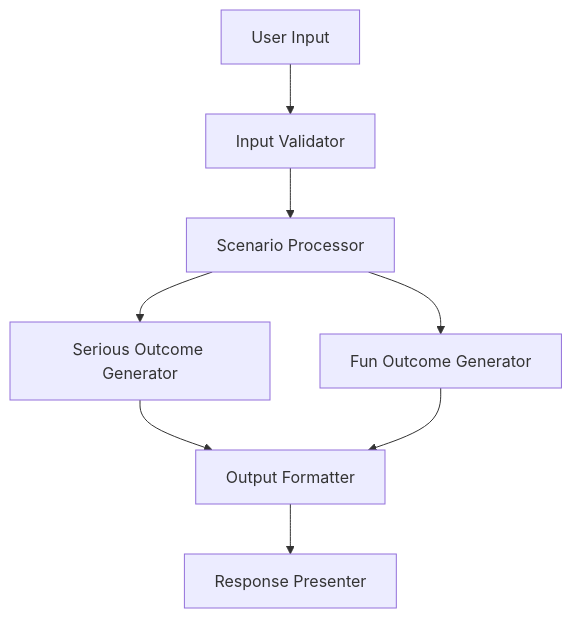
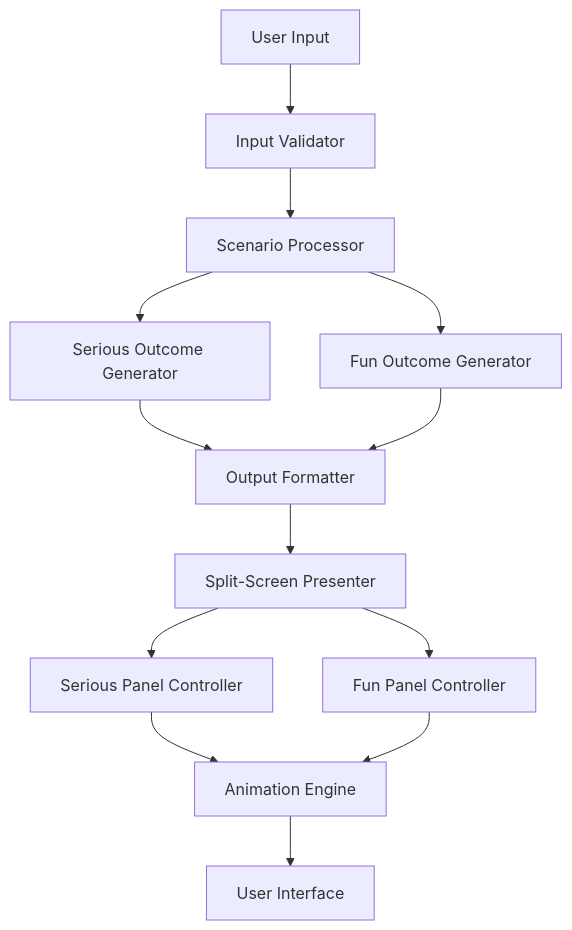
Before and after one commit to pankajsagvekar/whatif-simulator: the diagram in .kiro/specs/whatif-simulator/design.md, drawn with Mermaid. The commit also changed other lines of this file and 62 other files, not shown here.

````diff
--- a/.kiro/specs/whatif-simulator/design.md
+++ b/.kiro/specs/whatif-simulator/design.md
@@ -11,10 +11,15 @@
 ```mermaid
 graph TD
     A[User Input] --> B[Input Validator]
     B --> C[Scenario Processor]
     C --> D[Serious Outcome Generator]
     C --> E[Fun Outcome Generator]
     D --> F[Output Formatter]
     E --> F
-    F --> G[Response Presenter]
+    F --> G[Split-Screen Presenter]
+    G --> H[Serious Panel Controller]
+    G --> I[Fun Panel Controller]
+    H --> J[Animation Engine]
+    I --> J
+    J --> K[User Interface]
 ```
````
